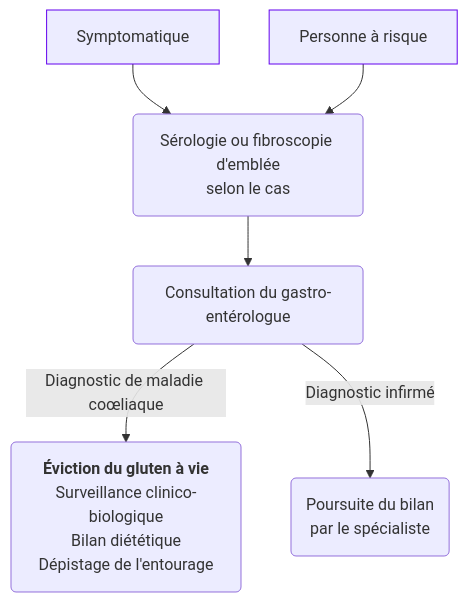
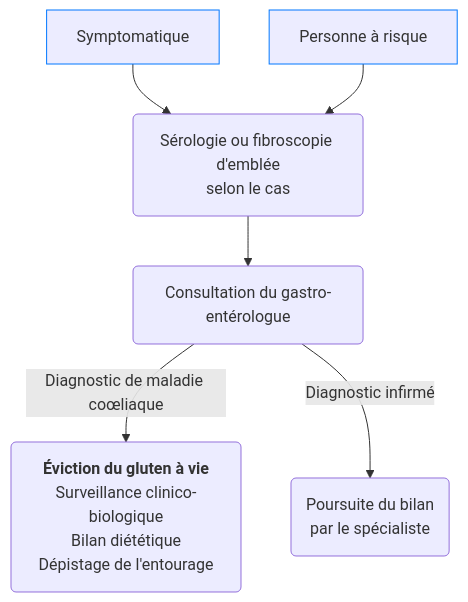
Before and after one commit to djibe/recommandations-medicales: the diagram in content/recommandations/maladie-coeliaque.md, drawn with Mermaid. The commit also changed 30 other files, not shown here.

```diff
--- a/content/recommandations/maladie-coeliaque.md
+++ b/content/recommandations/maladie-coeliaque.md
@@ -263,10 +263,10 @@
 {{< mermaid >}}
 graph TB
   symptomatique["Symptomatique"] --> examen("Sérologie ou fibroscopie d'emblée<br>selon le cas")
-  style symptomatique stroke:#6200ee, stroke-width:1px
+  style symptomatique stroke:#0077ff, stroke-width:1px
   personneARisque["Personne à risque"] --> examen
-  style personneARisque stroke:#6200ee, stroke-width:1px
+  style personneARisque stroke:#0077ff, stroke-width:1px
     examen --> gastro("Consultation du gastro-entérologue")
       gastro --"Diagnostic de maladie coœliaque"--> traitement("<b>Éviction du gluten à vie</b><br>Surveillance clinico-biologique<br>Bilan diététique<br>Dépistage de l'entourage")
       gastro --"Diagnostic infirmé"--> explo("Poursuite du bilan<br>par le spécialiste")
 {{< /mermaid >}}
```
